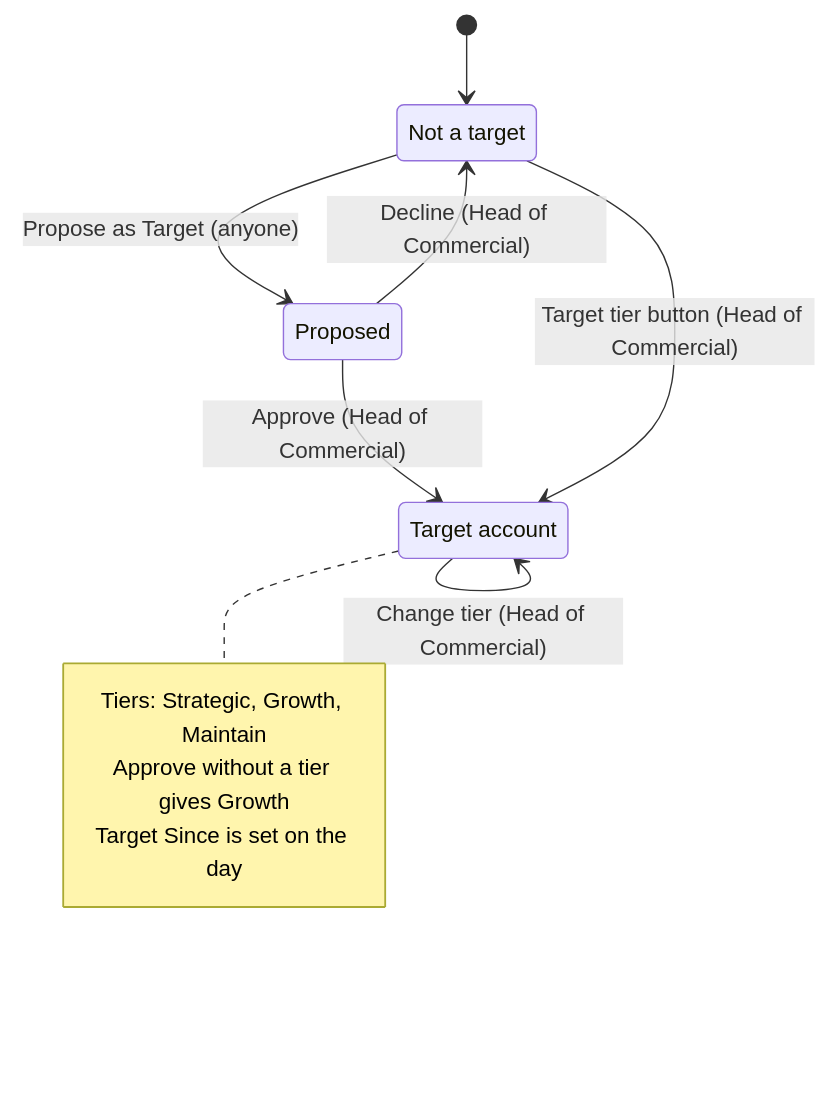
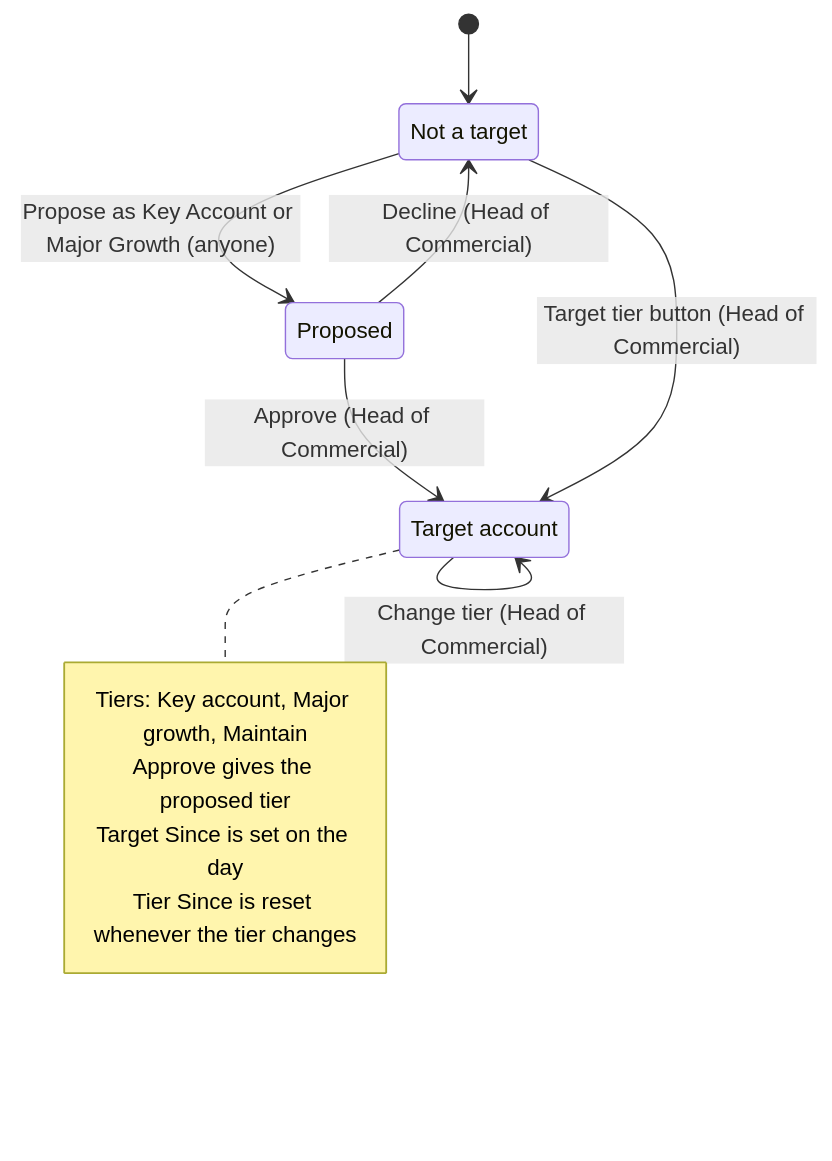
Before and after one commit to dennokorir/tritel_erp_training: the second of 3 diagrams in training-portal/src/content/docs/tenders/workflows/customer-activity.mdx, drawn with Mermaid. The commit also changed other lines of this file and 66 other files, not shown here.

First line of the commit message:
docs(training-portal): account plans, organogram and the account manager KPI (tritel-addons bba3de2)

````diff
--- a/training-portal/src/content/docs/tenders/workflows/customer-activity.mdx
+++ b/training-portal/src/content/docs/tenders/workflows/customer-activity.mdx
@@ -70,18 +71,19 @@
 ```mermaid
 stateDiagram-v2
-%% docs-sync: shows tritel_tender_tracker:field:res.partner.is_target_account, tritel_tender_tracker:field:res.partner.target_since, tritel_tender_tracker:group:group_hod_commercial, tritel_tender_tracker:model:target.target, tritel_tender_tracker:selection:res.partner.target_tier, tritel_tender_tracker:wizard:tender.summary.wizard
+%% docs-sync: shows tritel_tender_tracker:field:res.partner.is_target_account, tritel_tender_tracker:field:res.partner.target_since, tritel_tender_tracker:field:res.partner.tier_since, tritel_tender_tracker:field:res.partner.target_proposed_tier, tritel_tender_tracker:group:group_hod_commercial, tritel_tender_tracker:model:target.target, tritel_tender_tracker:selection:res.partner.target_tier, tritel_tender_tracker:wizard:tender.summary.wizard
   state "Not a target" as nottarget
   state "Proposed" as proposed
   state "Target account" as target
   [*] --> nottarget
-  nottarget --> proposed: Propose as Target (anyone)
+  nottarget --> proposed: Propose as Key Account or Major Growth (anyone)
   proposed --> target: Approve (Head of Commercial)
   proposed --> nottarget: Decline (Head of Commercial)
   nottarget --> target: Target tier button (Head of Commercial)
   target --> target: Change tier (Head of Commercial)
   note right of target
-    Tiers: Strategic, Growth, Maintain
-    Approve without a tier gives Growth
+    Tiers: Key account, Major growth, Maintain
+    Approve gives the proposed tier
     Target Since is set on the day
+    Tier Since is reset whenever the tier changes
   end note
 ```
````
